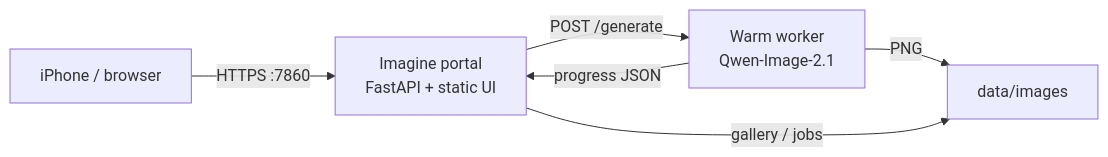
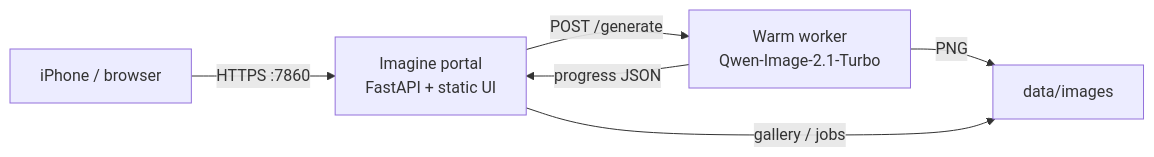
The diagram in README.md (darrenkoh/imagine), drawn with Mermaid before and after one commit. The commit also changed other lines of this file and 6 other files, not shown here.

First line of the commit message:
Switch stills to Qwen-Image-2.1-Turbo and its saved 8-step schedule.

````diff
--- a/README.md
+++ b/README.md
@@ -79,8 +79,8 @@
 ```mermaid
 flowchart LR
   Phone["iPhone / browser"] -->|HTTPS :7860| Portal["Imagine portal<br/>FastAPI + static UI"]
-  Portal -->|POST /generate| Worker["Warm worker<br/>Qwen-Image-2.1"]
+  Portal -->|POST /generate| Worker["Warm worker<br/>Qwen-Image-2.1-Turbo"]
   Worker -->|progress JSON| Portal
   Worker -->|PNG| Disk["data/images"]
   Portal -->|gallery / jobs| Disk
 ```
````
